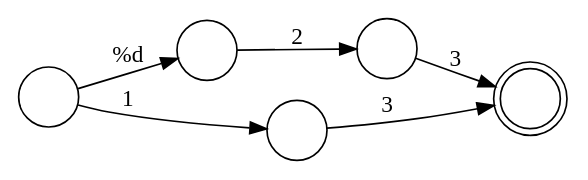
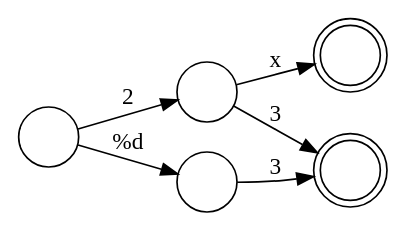
One commit to leegao/LuaInLua changed the diagram in test.dot. Above: the diagram before and after it, drawn with Graphviz. The commit also changed 2 other files, not shown here.

```diff
--- a/test.dot
+++ b/test.dot
@@ -1,11 +1,11 @@
 digraph {
   rankdir=LR;
   size="8,5"
-  node[shape=doublecircle,label=""]; 3;
+  node[shape=doublecircle,label=""]; 3 4;
   node[shape=circle,label=""];
-  4 -> 5[label="2"];
-  1 -> 2[label="1"];
-  1 -> 4[label="%d"];
+  1 -> 2[label="2"];
+  1 -> 5[label="%d"];
   5 -> 3[label="3"];
   2 -> 3[label="3"];
+  2 -> 4[label="x"];
 }
```
